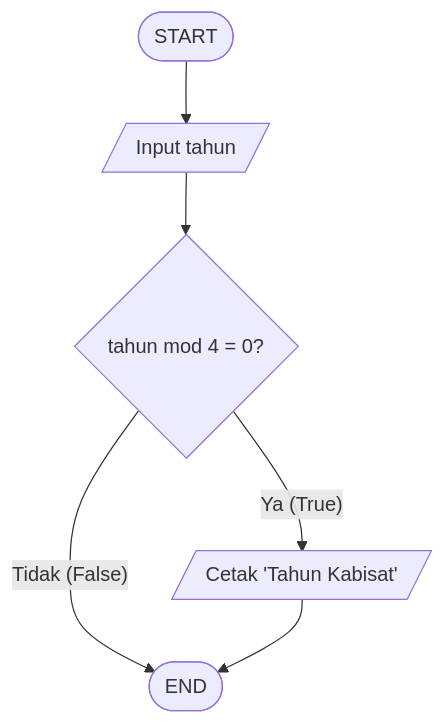
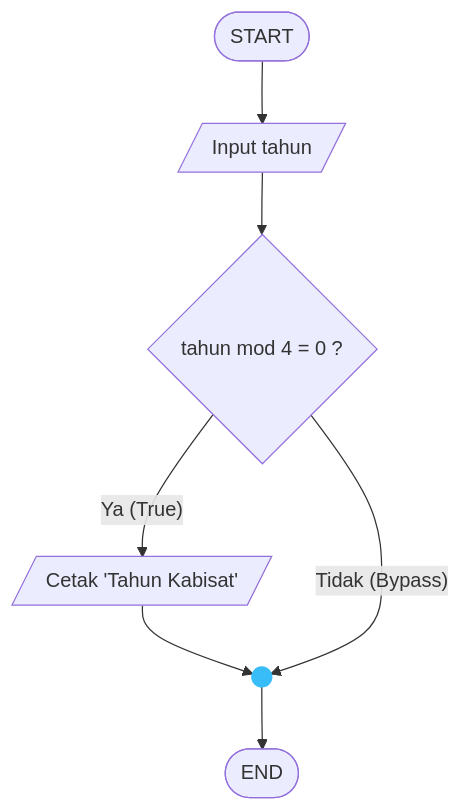
One commit to hekall21/academic-digital-binder changed the fifth of 10 diagrams in docs/PANDUAN_LENGKAP_KODE_PASCAL_DAN_FLOWCHART_ALGO_PEMRO_P5_P6.md. Above: the diagram before and after it, drawn with Mermaid. The commit also changed other lines of this file, not shown here.

Commit message:
docs(flowcharts): standardize mermaid junctions with ANSI on-page connectors

````diff
--- a/docs/PANDUAN_LENGKAP_KODE_PASCAL_DAN_FLOWCHART_ALGO_PEMRO_P5_P6.md
+++ b/docs/PANDUAN_LENGKAP_KODE_PASCAL_DAN_FLOWCHART_ALGO_PEMRO_P5_P6.md
@@ -203,8 +210,10 @@
 ```mermaid
 flowchart TD
     Start(["START"]) --> Input[/"Input tahun"/]
-    Input --> Cond{"tahun mod 4 = 0?"}
+    Input --> Cond{"tahun mod 4 = 0 ?"}
     Cond -- "Ya (True)" --> Print[/"Cetak 'Tahun Kabisat'"/]
-    Cond -- "Tidak (False)" --> End(["END"])
-    Print --> End
+    Print --> Junction(( ))
+    Cond -- "Tidak (Bypass)" --> Junction
+    Junction --> End(["END"])
+    style Junction fill:#38BDF8,stroke:#38BDF8,stroke-width:2px
 ```
````
